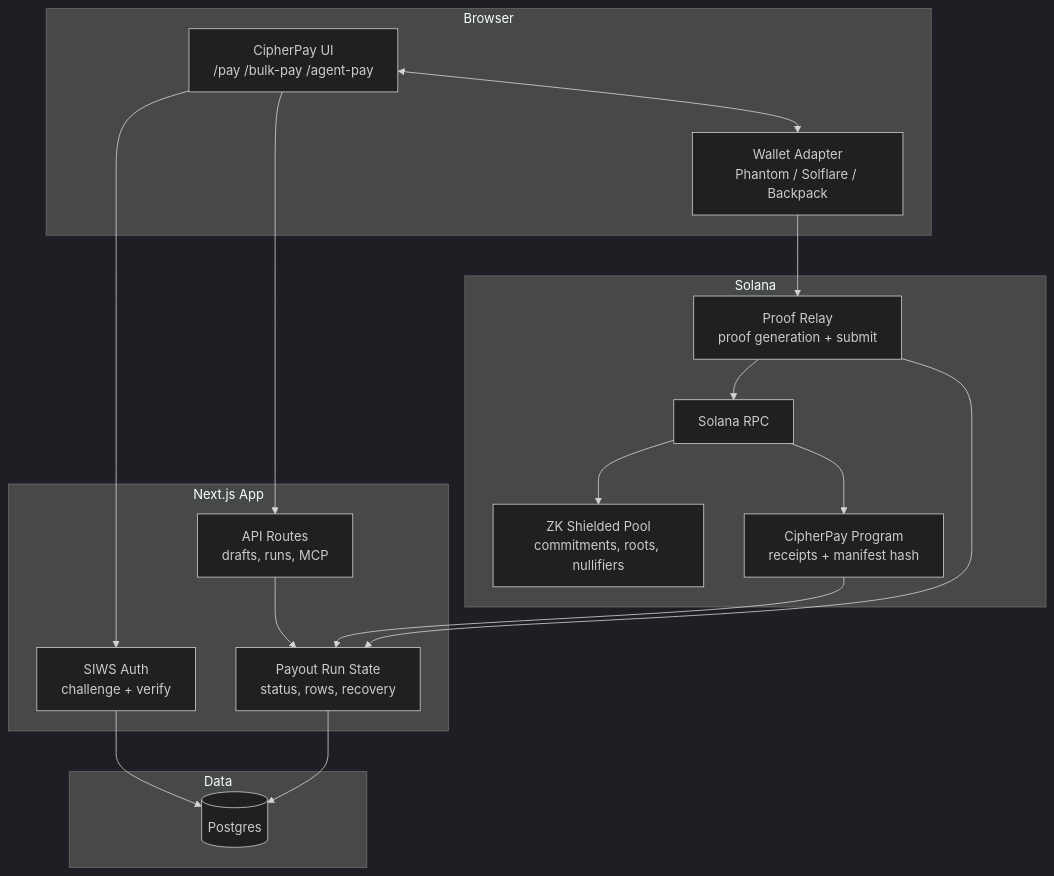
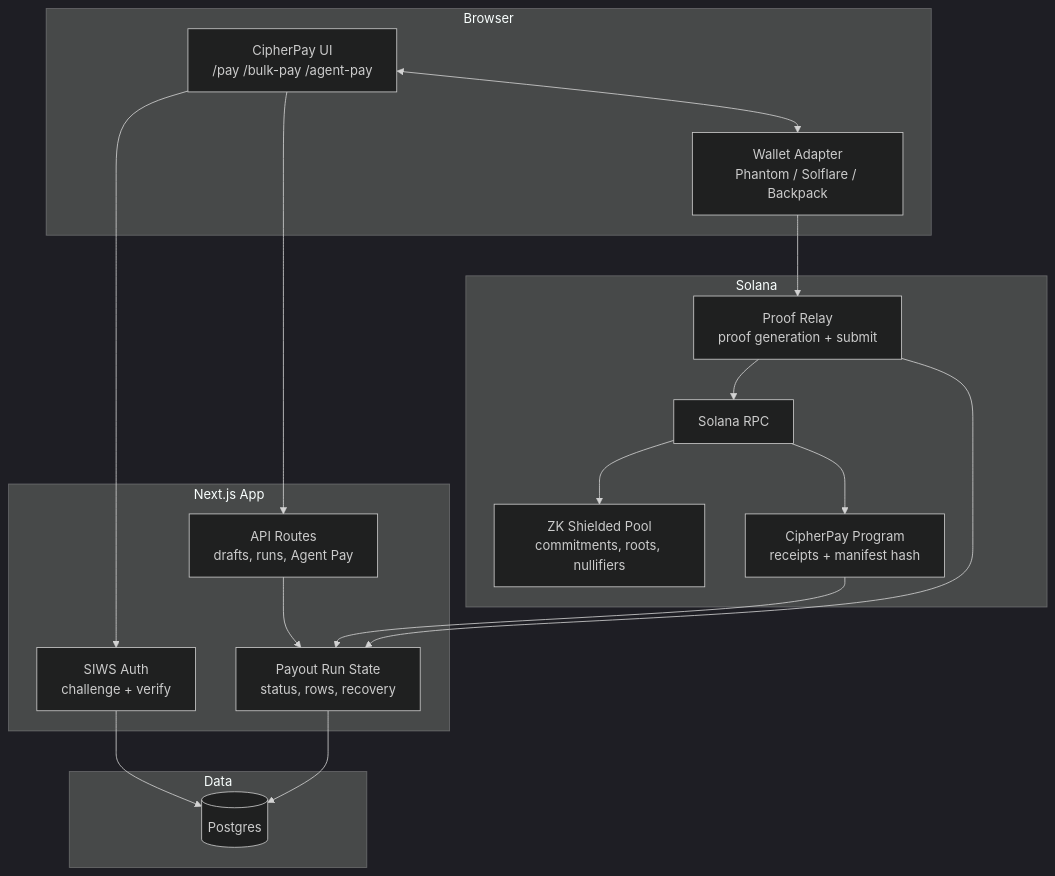
Before and after one commit to Some1Uknow/cipherpay: the diagram in README.md, drawn with Mermaid (dark theme). The commit also changed other lines of this file and 4 other files, not shown here.

Commit message:
Show Agent Pay activity in history

````diff
--- a/README.md
+++ b/README.md
@@ -25,39 +25,39 @@
 ```mermaid
 flowchart TB
   subgraph Browser["Browser"]
     UI["CipherPay UI<br/>/pay /bulk-pay /agent-pay"]
     WALLET["Wallet Adapter<br/>Phantom / Solflare / Backpack"]
   end
 
   subgraph App["Next.js App"]
     AUTH["SIWS Auth<br/>challenge + verify"]
-    API["API Routes<br/>drafts, runs, MCP"]
+    API["API Routes<br/>drafts, runs, Agent Pay"]
     RUNS["Payout Run State<br/>status, rows, recovery"]
   end
 
   subgraph Data["Data"]
     PG[(Postgres)]
   end
 
   subgraph Solana["Solana"]
     RPC["Solana RPC"]
     RELAY["Proof Relay<br/>proof generation + submit"]
     POOL["ZK Shielded Pool<br/>commitments, roots, nullifiers"]
     CP["CipherPay Program<br/>receipts + manifest hash"]
   end
 
   UI --> AUTH
   AUTH --> PG
   UI --> API
   API --> RUNS
   RUNS --> PG
 
   UI <--> WALLET
   WALLET --> RELAY
   RELAY --> RPC
   RPC --> POOL
   RPC --> CP
 
   RELAY --> RUNS
   CP --> RUNS
 ```
````
